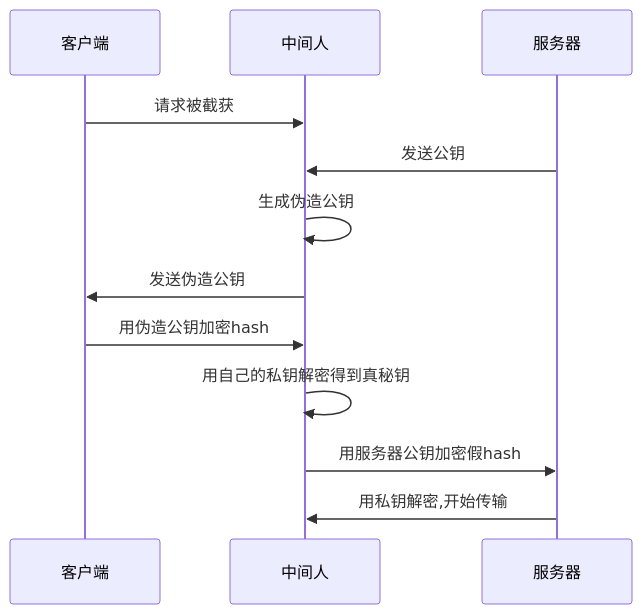
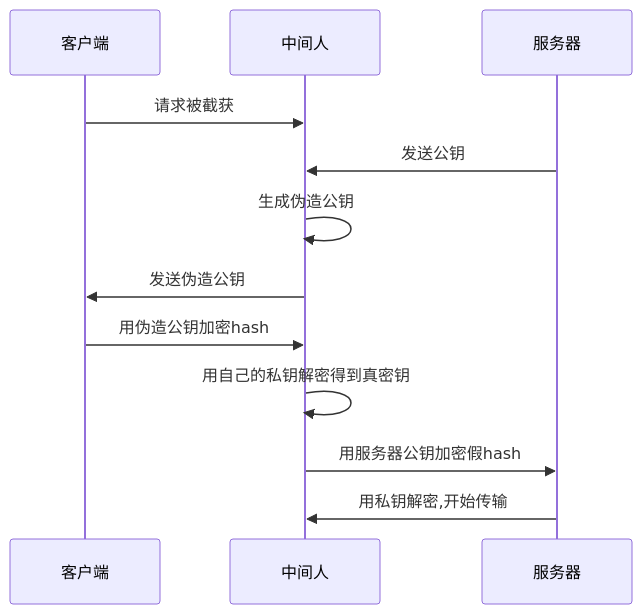
The fourth of 39 diagrams in S3-进阶提升/01-浏览器原理.md (KMaybe01/common), drawn with Mermaid before and after one commit. The commit also changed 12 other files, not shown here.

````diff
--- a/S3-进阶提升/01-浏览器原理.md
+++ b/S3-进阶提升/01-浏览器原理.md
@@ -153,15 +153,15 @@
 ```mermaid
 sequenceDiagram
     participant Client as 客户端
     participant MITM as 中间人
     participant Server as 服务器
 
     Client->>MITM: 请求被截获
     Server->>MITM: 发送公钥
     MITM->>MITM: 生成伪造公钥
     MITM->>Client: 发送伪造公钥
     Client->>MITM: 用伪造公钥加密hash
-    MITM->>MITM: 用自己的私钥解密得到真秘钥
+    MITM->>MITM: 用自己的私钥解密得到真密钥
     MITM->>Server: 用服务器公钥加密假hash
     Server->>MITM: 用私钥解密,开始传输
 ```
````
